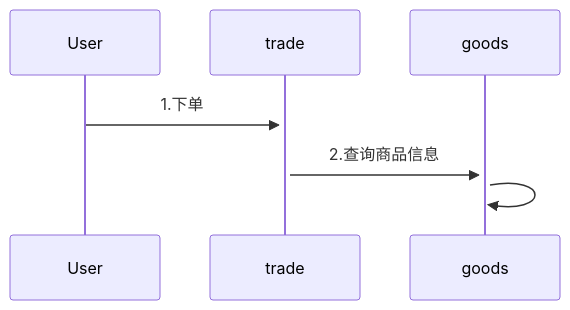
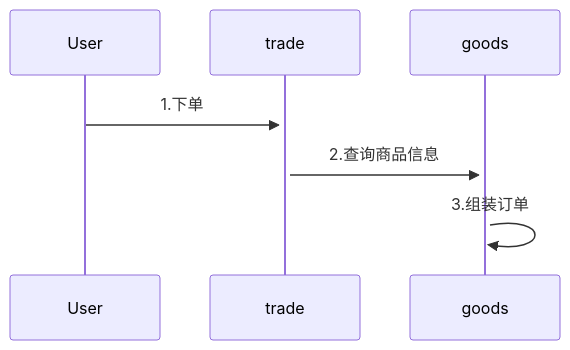
Before and after one commit to yingjianzh/iodraw-files: the diagram in all/未命名-6.md, drawn with Mermaid.

Commit message:
2024-08-19 15:01:29 update

````diff
--- a/all/未命名-6.md
+++ b/all/未命名-6.md
@@ -1,6 +1,6 @@
 ```mermaid
 sequenceDiagram
     User->>+trade: 1.下单
     trade->>+goods: 2.查询商品信息
-    goods->>goods: 
+    goods->>goods: 3.组装订单
 ```
````
